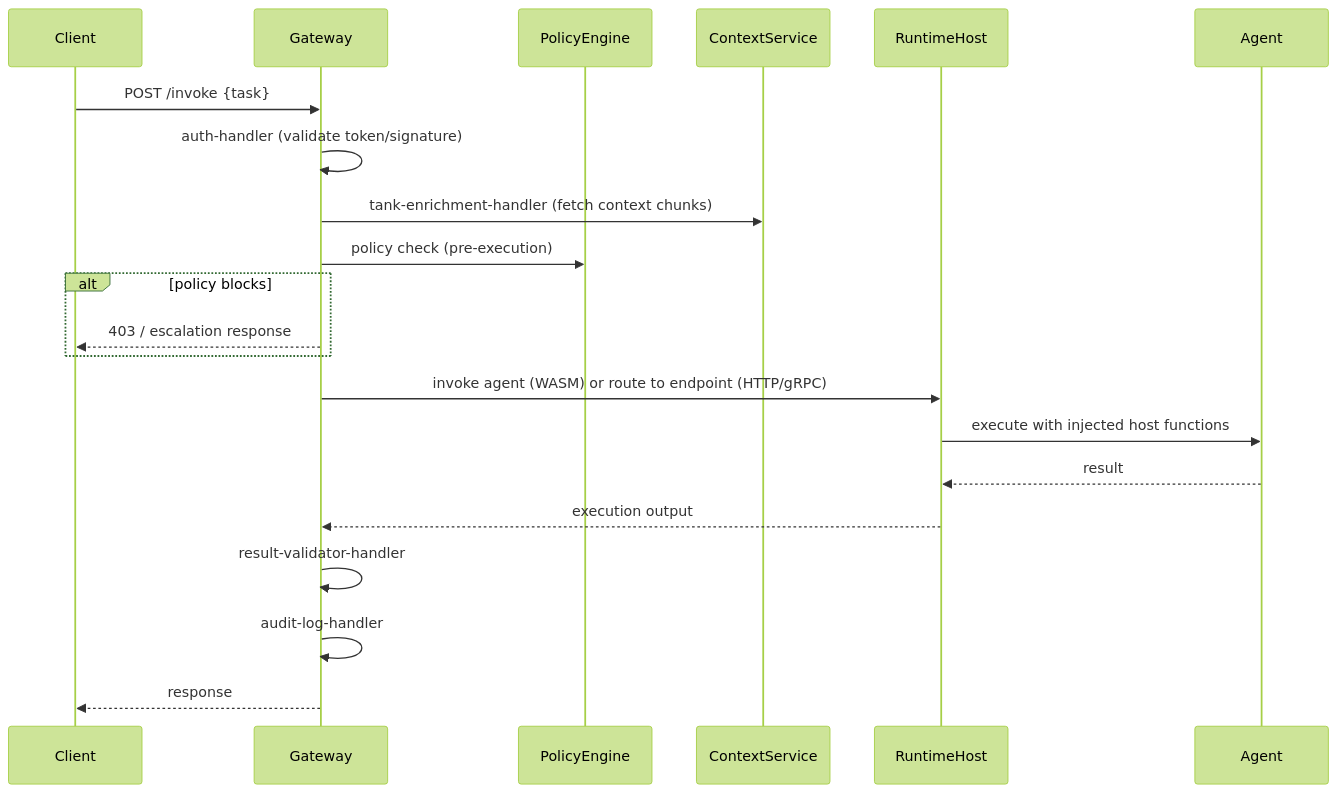
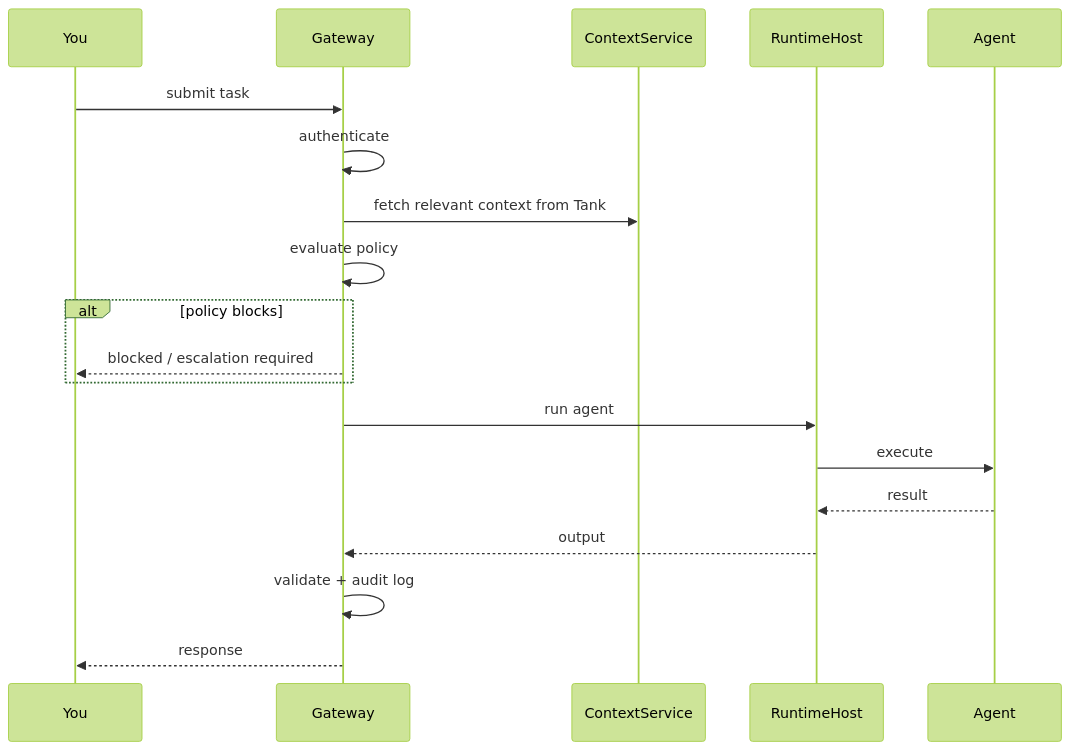
Before and after one commit to hariharasudhand/appdarta-framework: the second of 7 diagrams in docs/architecture.md, drawn with Mermaid (forest theme). The commit also changed other lines of this file and 2 other files, not shown here.

````diff
--- a/docs/architecture.md
+++ b/docs/architecture.md
@@ -49,24 +60,22 @@
 ```mermaid
 sequenceDiagram
-    participant Client
+    participant You
     participant Gateway
-    participant PolicyEngine
     participant ContextService
     participant RuntimeHost
     participant Agent
 
-    Client->>Gateway: POST /invoke {task}
-    Gateway->>Gateway: auth-handler (validate token/signature)
-    Gateway->>ContextService: tank-enrichment-handler (fetch context chunks)
-    Gateway->>PolicyEngine: policy check (pre-execution)
+    You->>Gateway: submit task
+    Gateway->>Gateway: authenticate
+    Gateway->>ContextService: fetch relevant context from Tank
+    Gateway->>Gateway: evaluate policy
     alt policy blocks
-        Gateway-->>Client: 403 / escalation response
+        Gateway-->>You: blocked / escalation required
     end
-    Gateway->>RuntimeHost: invoke agent (WASM) or route to endpoint (HTTP/gRPC)
-    RuntimeHost->>Agent: execute with injected host functions
+    Gateway->>RuntimeHost: run agent
+    RuntimeHost->>Agent: execute
     Agent-->>RuntimeHost: result
-    RuntimeHost-->>Gateway: execution output
-    Gateway->>Gateway: result-validator-handler
-    Gateway->>Gateway: audit-log-handler
-    Gateway-->>Client: response
+    RuntimeHost-->>Gateway: output
+    Gateway->>Gateway: validate + audit log
+    Gateway-->>You: response
 ```
````
